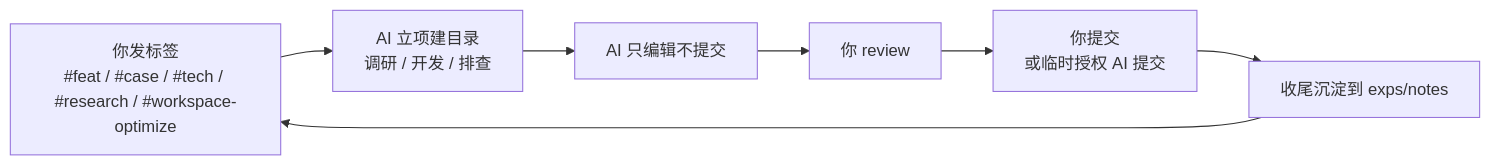
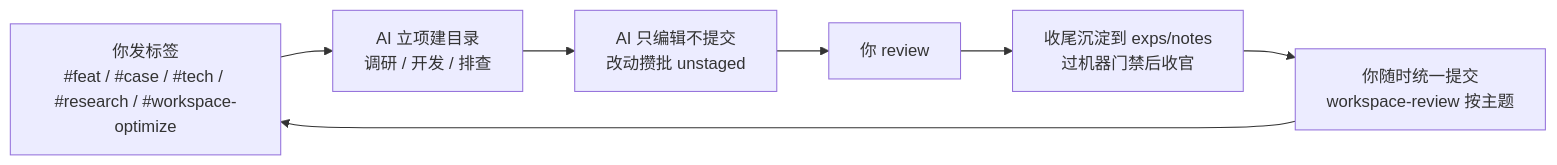
Before and after one commit to H-zk/mini-architecture-engineer-workspace: the diagram in README.md, drawn with Mermaid. The commit also changed other lines of this file and 72 other files, not shown here.

````diff
--- a/README.md
+++ b/README.md
@@ -11,9 +17,9 @@
 ```mermaid
 flowchart LR
     A["你发标签<br/>#feat / #case / #tech / #research / #workspace-optimize"] --> B["AI 立项建目录<br/>调研 / 开发 / 排查"]
-    B --> C["AI 只编辑不提交"]
+    B --> C["AI 只编辑不提交<br/>改动攒批 unstaged"]
     C --> D["你 review"]
-    D --> E["你提交<br/>或临时授权 AI 提交"]
-    E --> F["收尾沉淀到 exps/notes"]
+    D --> E["收尾沉淀到 exps/notes<br/>过机器门禁后收官"]
+    E --> F["你随时统一提交<br/>workspace-review 按主题"]
     F --> A
 ```
````
